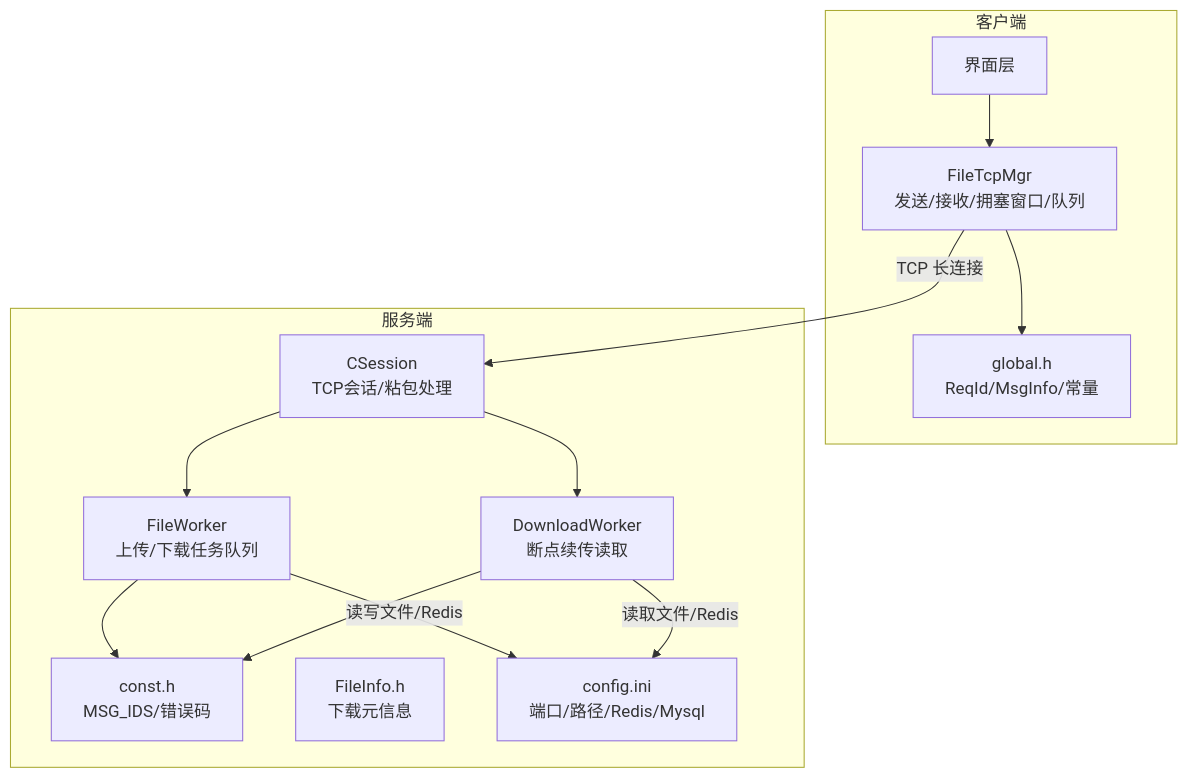
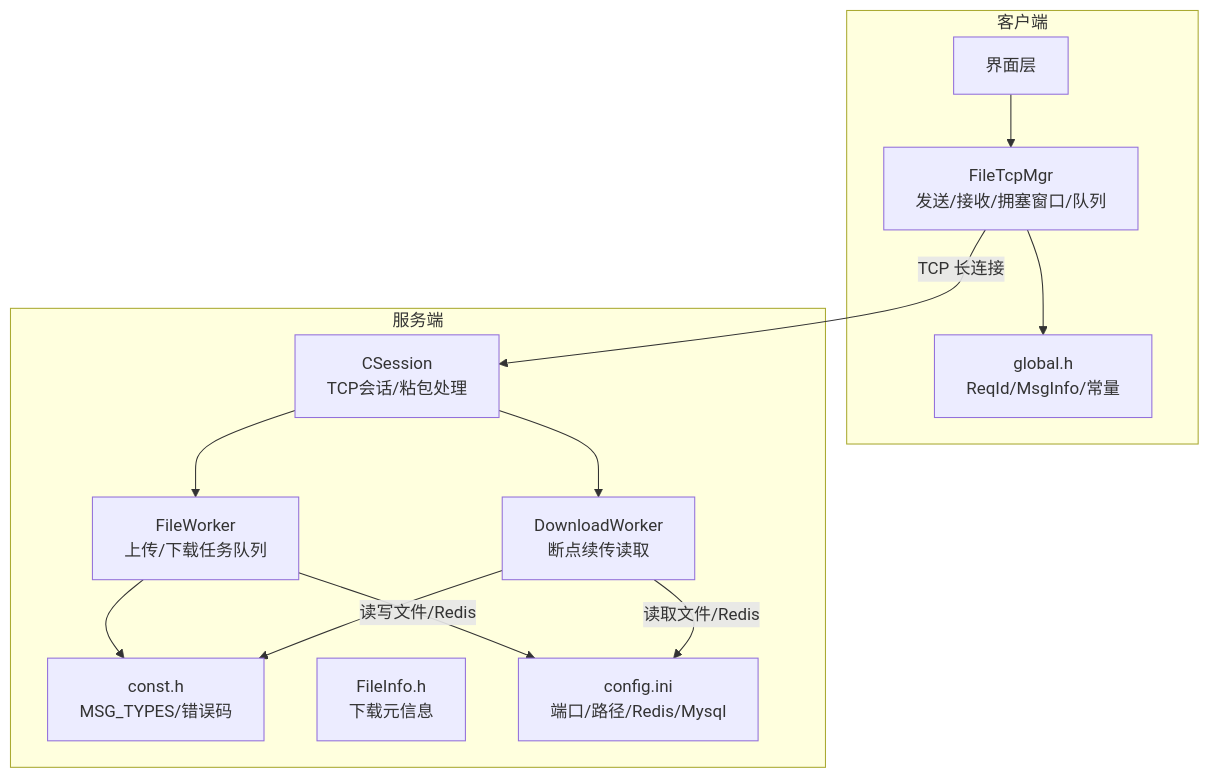
Before and after one commit to echo9923/mychatter: the first of 7 diagrams in .qoder/repowiki/zh/content/核心功能模块/文件传输系统/文件上传下载.md, drawn with Mermaid. The commit also changed other lines of this file and 128 other files, not shown here.

````diff
--- a/.qoder/repowiki/zh/content/核心功能模块/文件传输系统/文件上传下载.md
+++ b/.qoder/repowiki/zh/content/核心功能模块/文件传输系统/文件上传下载.md
@@ -48,25 +48,25 @@
 ```mermaid
 graph TB
 subgraph "客户端"
 UI["界面层"]
 FTCP["FileTcpMgr<br/>发送/接收/拥塞窗口/队列"]
 GLOB["global.h<br/>ReqId/MsgInfo/常量"]
 end
 subgraph "服务端"
 CSESSION["CSession<br/>TCP会话/粘包处理"]
 FWORKER["FileWorker<br/>上传/下载任务队列"]
 DWORKER["DownloadWorker<br/>断点续传读取"]
-CONST["const.h<br/>MSG_IDS/错误码"]
+CONST["const.h<br/>MSG_TYPES/错误码"]
 FILEINFO["FileInfo.h<br/>下载元信息"]
 CONFIG["config.ini<br/>端口/路径/Redis/Mysql"]
 end
 UI --> FTCP
 FTCP --> |TCP 长连接| CSESSION
 CSESSION --> FWORKER
 CSESSION --> DWORKER
 FWORKER --> |读写文件/Redis| CONFIG
 DWORKER --> |读取文件/Redis| CONFIG
 FTCP --> GLOB
 FWORKER --> CONST
 DWORKER --> CONST
 ```
````
